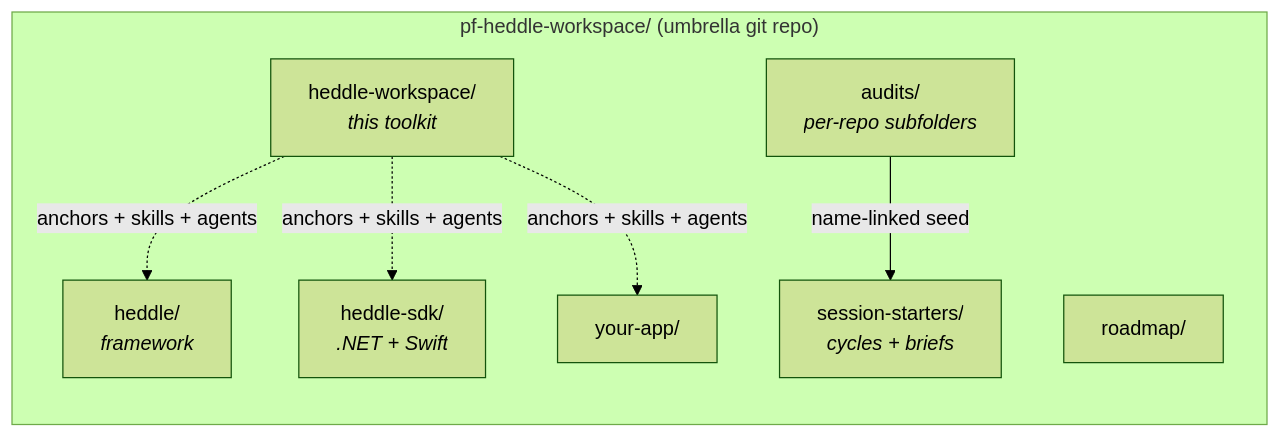
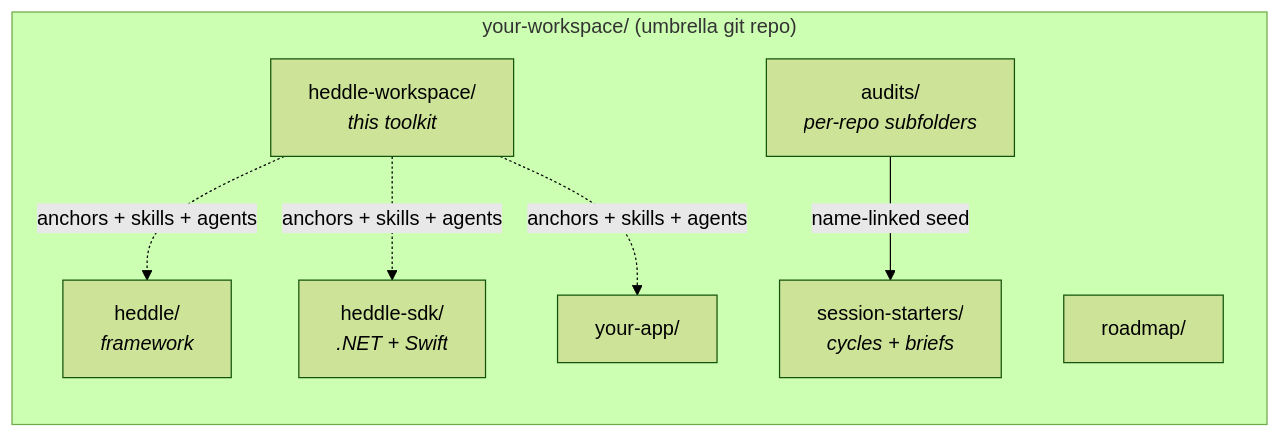
The first of 2 diagrams in README.md (getheddle/heddle-agent-toolkit), drawn with Mermaid (forest theme) before and after one commit. The commit also changed 1 other file, not shown here.

Commit message:
docs: remove app-specific references from the toolkit
heddle-workspace is a generic, reusable toolkit; references to the
consuming app had leaked in. Scrub them:
- AUDITS.md `data` audit type: described via ProfitFab/TopSpeed/shoppulse
  -> generic "a consuming app's data/persistence layer".
- README at-a-glance diagram: umbrella node hardcoded the customer's
  workspace name -> generic `your-workspace/`.

````diff
--- a/README.md
+++ b/README.md
@@ -69,17 +69,17 @@
 ```mermaid
 flowchart LR
-  subgraph WS["pf-heddle-workspace/  (umbrella git repo)"]
+  subgraph WS["your-workspace/  (umbrella git repo)"]
     direction TB
     HW["heddle-workspace/<br/><i>this toolkit</i>"]
     H["heddle/<br/><i>framework</i>"]
     SDK["heddle-sdk/<br/><i>.NET + Swift</i>"]
     APP["your-app/"]
     AU["audits/<br/><i>per-repo subfolders</i>"]
     SS["session-starters/<br/><i>cycles + briefs</i>"]
     RM["roadmap/"]
   end
   HW -. anchors + skills + agents .-> H
   HW -. anchors + skills + agents .-> SDK
   HW -. anchors + skills + agents .-> APP
   AU -- "name-linked seed" --> SS
 ```
````
